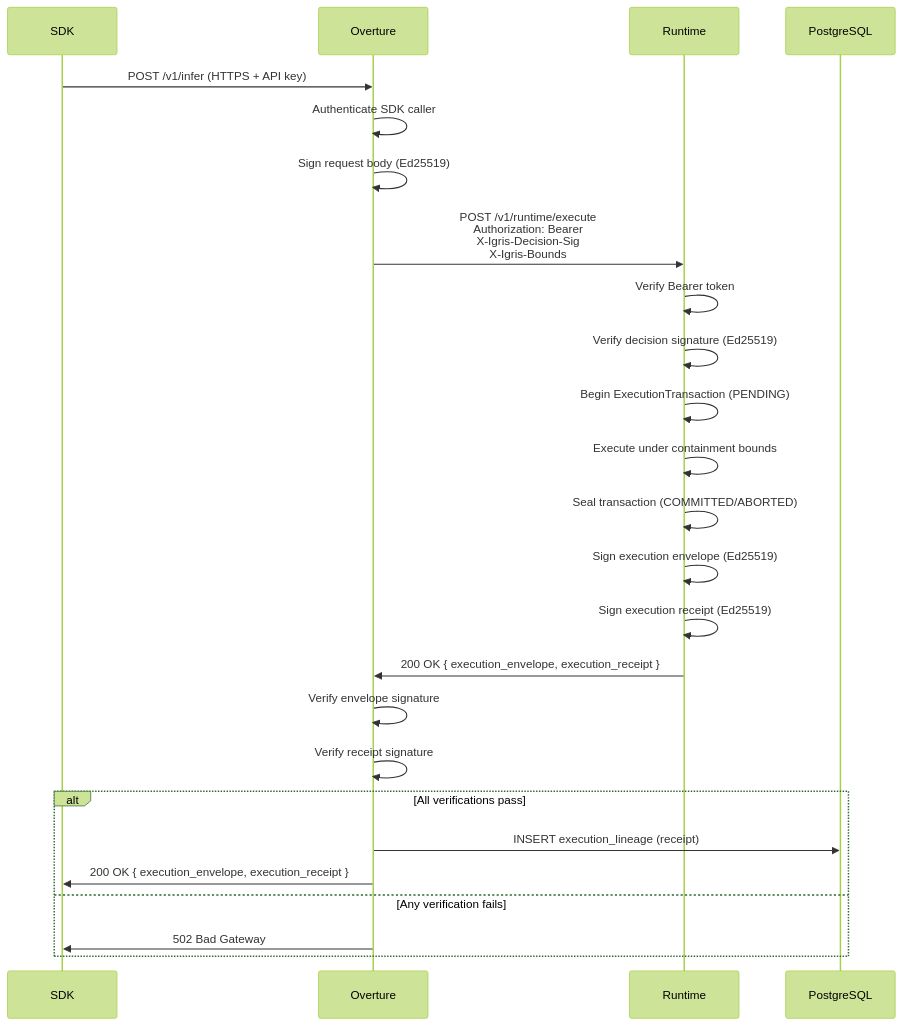
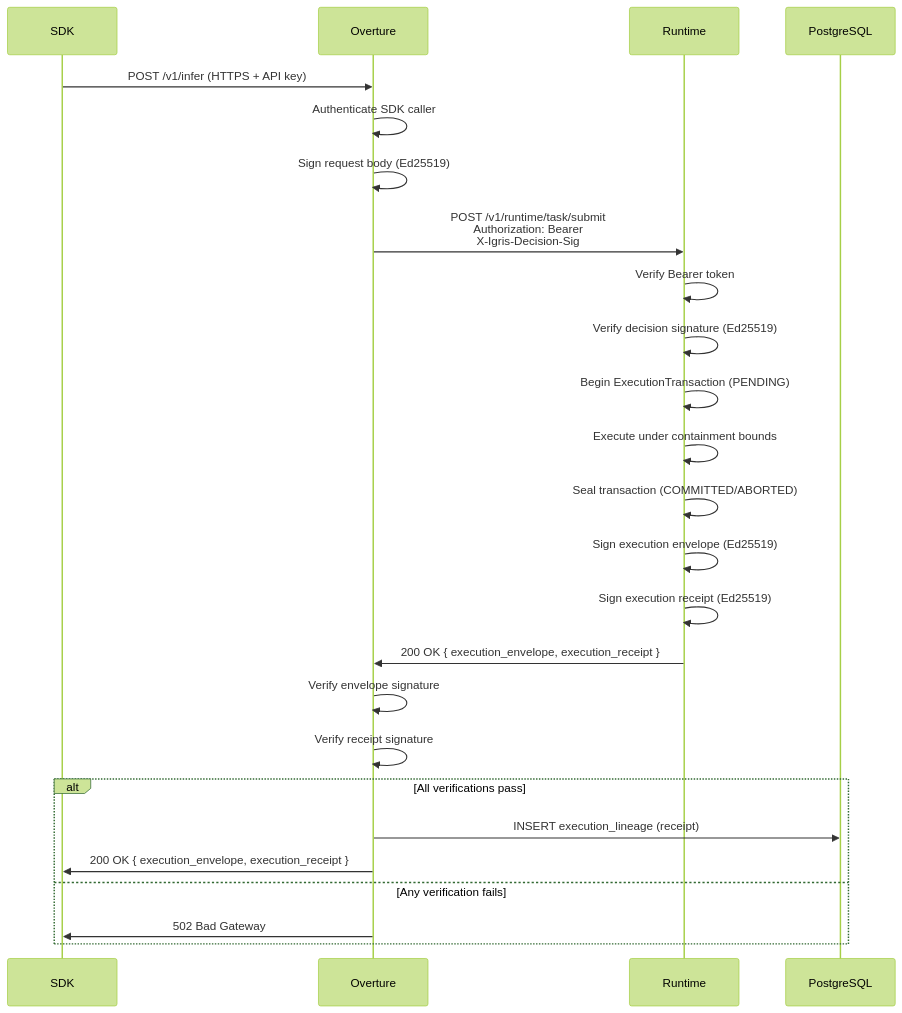
Before and after one commit to rapture-fx/igris: the diagram in web/apps/web-docs/docs/architecture/trust-chain.mdx, drawn with Mermaid (forest theme). The commit also changed other lines of this file, not shown here.

````diff
--- a/web/apps/web-docs/docs/architecture/trust-chain.mdx
+++ b/web/apps/web-docs/docs/architecture/trust-chain.mdx
@@ -81,28 +80,28 @@
 ```mermaid
 sequenceDiagram
     participant SDK
     participant Overture
     participant Runtime
     participant DB as PostgreSQL
 
     SDK->>Overture: POST /v1/infer (HTTPS + API key)
     Overture->>Overture: Authenticate SDK caller
     Overture->>Overture: Sign request body (Ed25519)
-    Overture->>Runtime: POST /v1/runtime/execute<br/>Authorization: Bearer<br/>X-Igris-Decision-Sig<br/>X-Igris-Bounds
+    Overture->>Runtime: POST /v1/runtime/task/submit<br/>Authorization: Bearer<br/>X-Igris-Decision-Sig
     Runtime->>Runtime: Verify Bearer token
     Runtime->>Runtime: Verify decision signature (Ed25519)
     Runtime->>Runtime: Begin ExecutionTransaction (PENDING)
     Runtime->>Runtime: Execute under containment bounds
     Runtime->>Runtime: Seal transaction (COMMITTED/ABORTED)
     Runtime->>Runtime: Sign execution envelope (Ed25519)
     Runtime->>Runtime: Sign execution receipt (Ed25519)
     Runtime->>Overture: 200 OK { execution_envelope, execution_receipt }
     Overture->>Overture: Verify envelope signature
     Overture->>Overture: Verify receipt signature
     alt All verifications pass
         Overture->>DB: INSERT execution_lineage (receipt)
         Overture->>SDK: 200 OK { execution_envelope, execution_receipt }
     else Any verification fails
         Overture->>SDK: 502 Bad Gateway
     end
 ```
````
